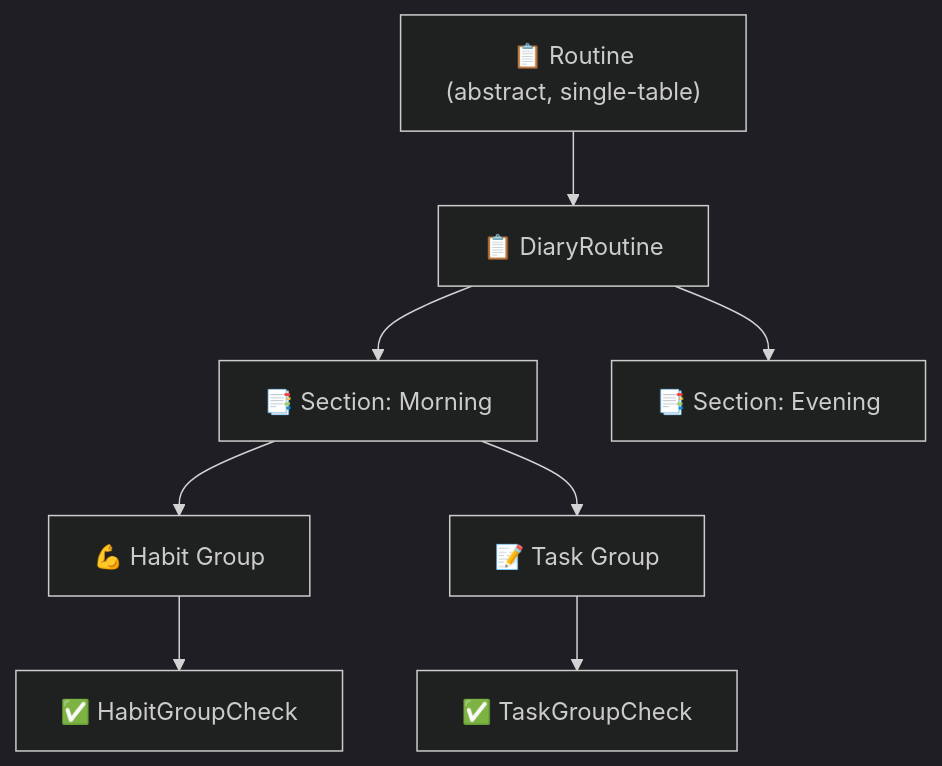
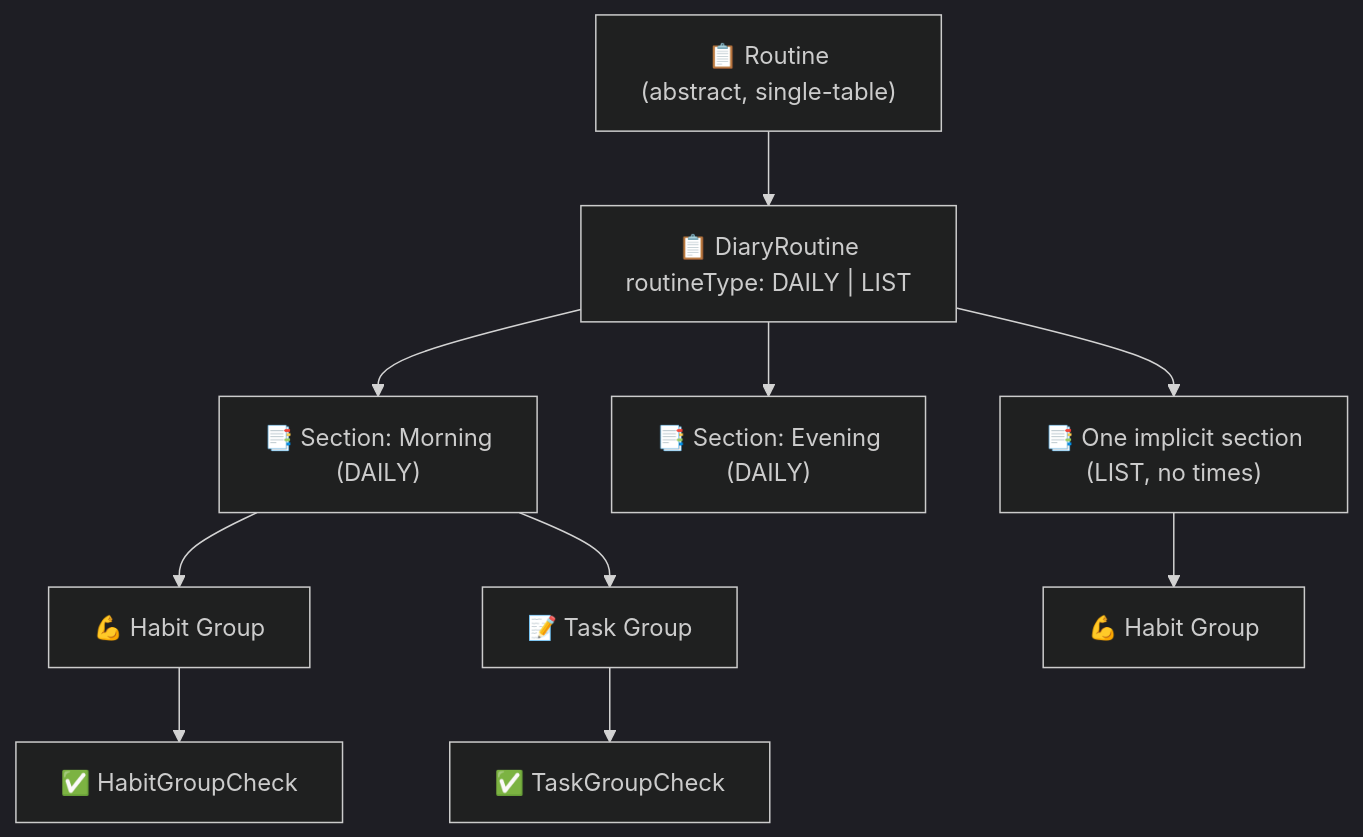
Before and after one commit to AndDev741/Beyou-arch-design: the third of 5 diagrams in architecture/domain-model/en.md, drawn with Mermaid (dark theme). The commit also changed other lines of this file and 12 other files, not shown here.

First line of the commit message:
docs(routine): document the LIST routine type

````diff
--- a/architecture/domain-model/en.md
+++ b/architecture/domain-model/en.md
@@ -199,11 +201,13 @@
 ```mermaid
 flowchart TD
   R["📋 Routine<br/>(abstract, single-table)"]
-  R --> DR["📋 DiaryRoutine"]
-  DR --> RS1["📑 Section: Morning"]
-  DR --> RS2["📑 Section: Evening"]
+  R --> DR["📋 DiaryRoutine<br/>routineType: DAILY | LIST"]
+  DR --> RS1["📑 Section: Morning<br/>(DAILY)"]
+  DR --> RS2["📑 Section: Evening<br/>(DAILY)"]
+  DR --> LS["📑 One implicit section<br/>(LIST, no times)"]
   RS1 --> HG1["💪 Habit Group"]
   RS1 --> TG1["📝 Task Group"]
+  LS --> HG2["💪 Habit Group"]
   HG1 --> HC["✅ HabitGroupCheck"]
   TG1 --> TC["✅ TaskGroupCheck"]
 ```
````
